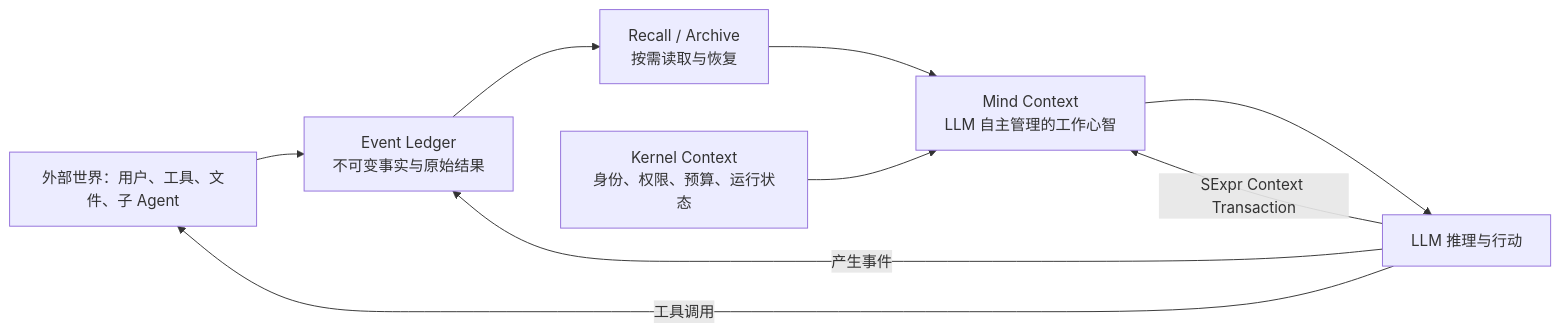
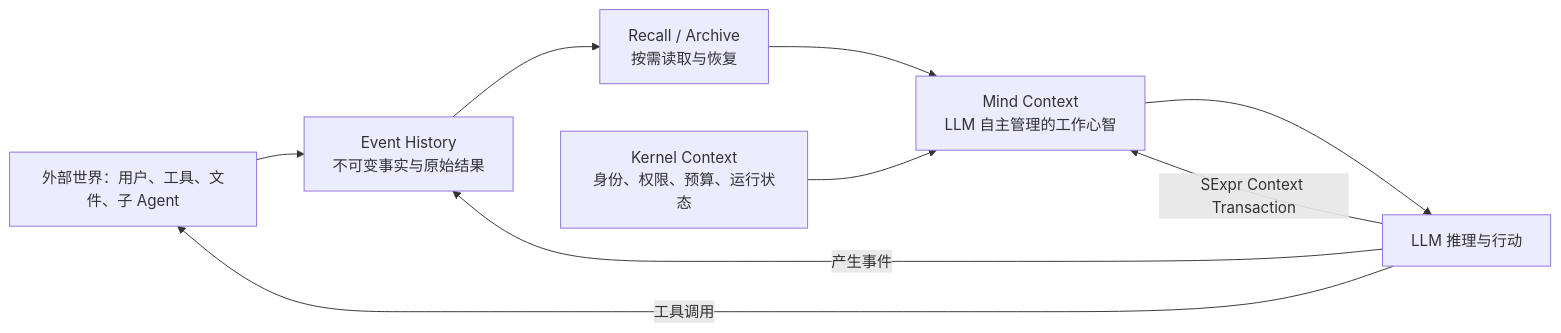
Before and after one commit to morphz-ai/morphz: the first of 2 diagrams in docs/morphz_agent_owned_context_design.md, drawn with Mermaid. The commit also changed other lines of this file and 129 other files, not shown here.

````diff
--- a/docs/morphz_agent_owned_context_design.md
+++ b/docs/morphz_agent_owned_context_design.md
@@ -60,11 +60,11 @@
 ```mermaid
 flowchart LR
-    W["外部世界：用户、工具、文件、子 Agent"] --> L["Event Ledger\n不可变事实与原始结果"]
+    W["外部世界：用户、工具、文件、子 Agent"] --> L["Event History\n不可变事实与原始结果"]
     L --> R["Recall / Archive\n按需读取与恢复"]
     R --> M["Mind Context\nLLM 自主管理的工作心智"]
     K["Kernel Context\n身份、权限、预算、运行状态"] --> M
     M --> A["LLM 推理与行动"]
     A -->|"SExpr Context Transaction"| M
     A -->|"工具调用"| W
     A -->|"产生事件"| L
 ```
````
